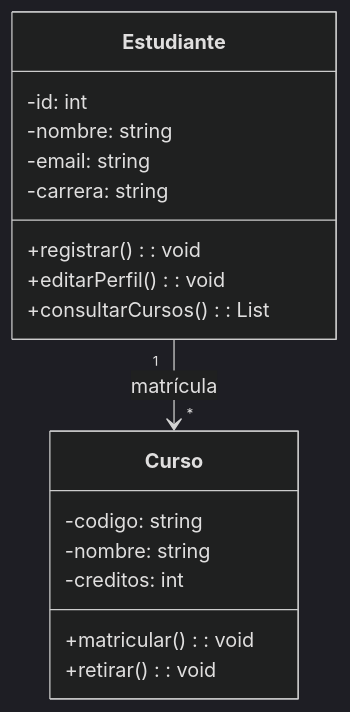
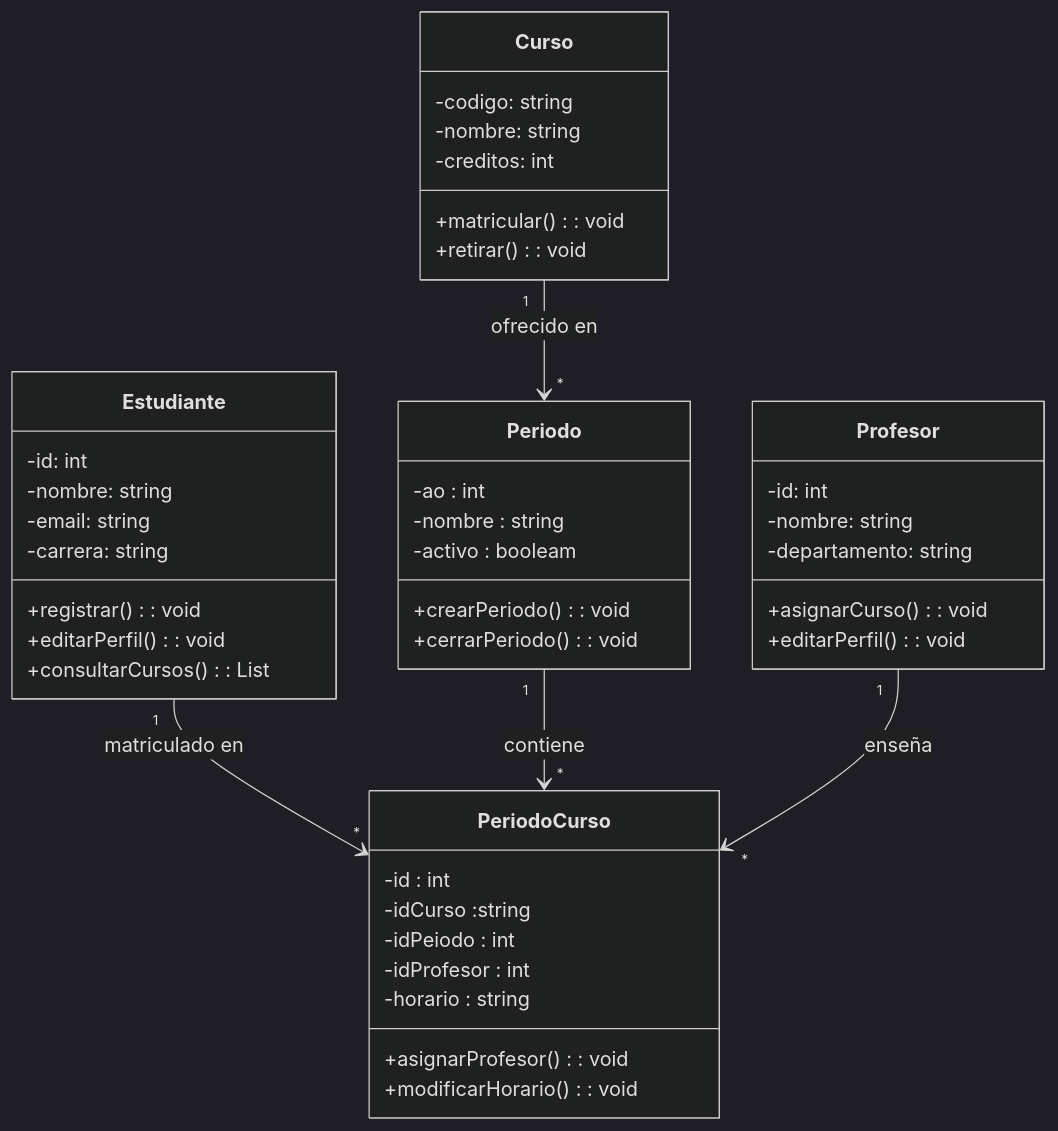
One commit to joshuaacostaa/Lab01 changed the diagram in diagrama de clase.mmd. Above: the diagram before and after it, drawn with Mermaid (dark theme). The commit also changed other lines of this file, not shown here.

Commit message:
actualización

```diff
--- a/diagrama de clase.mmd
+++ b/diagrama de clase.mmd
@@ -1,20 +1,51 @@
 classDiagram
     class Estudiante {
         -id: int
         -nombre: string
         -email: string
         -carrera: string
         +registrar(): void
         +editarPerfil(): void
         +consultarCursos(): List<Curso>
     }
  
     class Curso {
         -codigo: string
         -nombre: string
         -creditos: int
         +matricular(): void
         +retirar(): void
     }
  
-    Estudiante "1" --> "*" Curso : matrícula
+class PeriodoCurso {
+    -id : int
+    -idCurso :string
+    -idPeiodo : int
+    -idProfesor : int
+    -horario : string
+    +asignarProfesor() : void
+    +modificarHorario() : void
+
+}
+
+    class Profesor {
+        -id: int
+        -nombre: string
+        -departamento: string
+        +asignarCurso(): void
+        +editarPerfil(): void
+    }
+
+class Periodo {
+    -ao : int 
+    -nombre : string
+    -activo : booleam
+    +crearPeriodo() : void
+    +cerrarPeriodo() : void
+
+}
+
+    Estudiante "1" --> "*" PeriodoCurso : matriculado en 
+    Curso "1" --> "*" Periodo : ofrecido en 
+ Periodo "1" --> "*" PeriodoCurso : contiene
+ Profesor "1" --> "*" PeriodoCurso : enseña 
```
